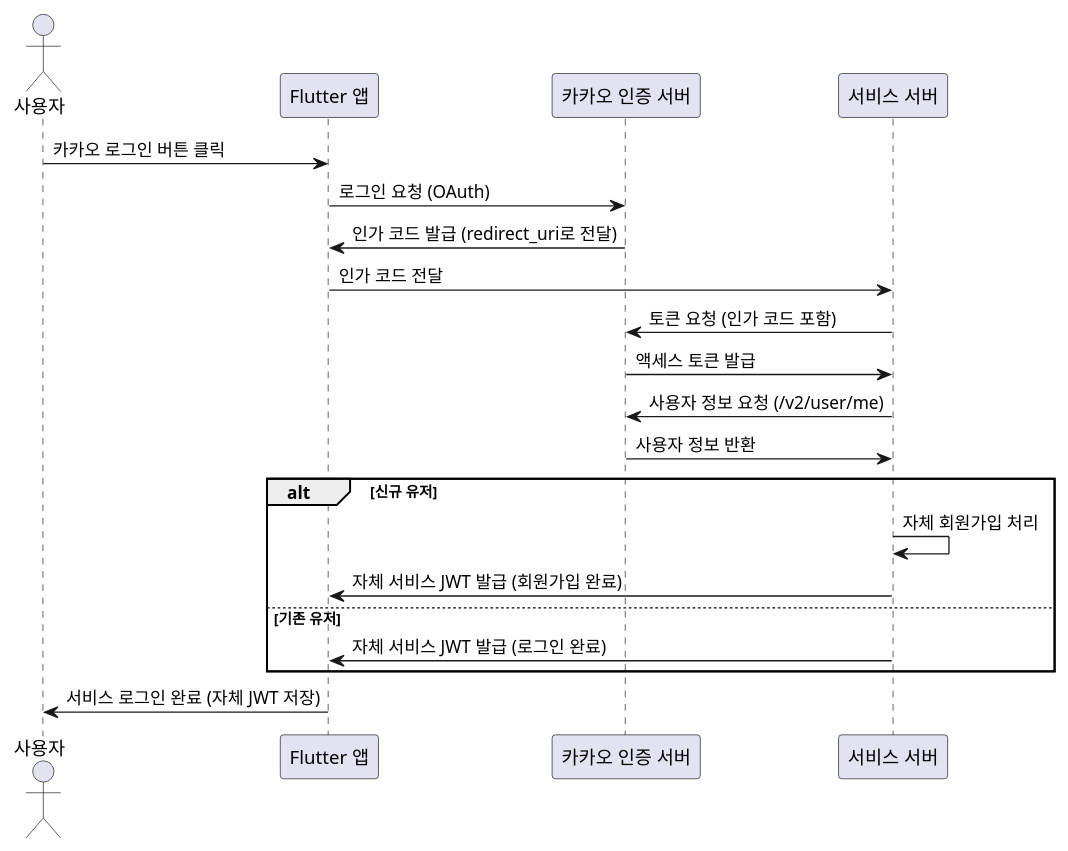
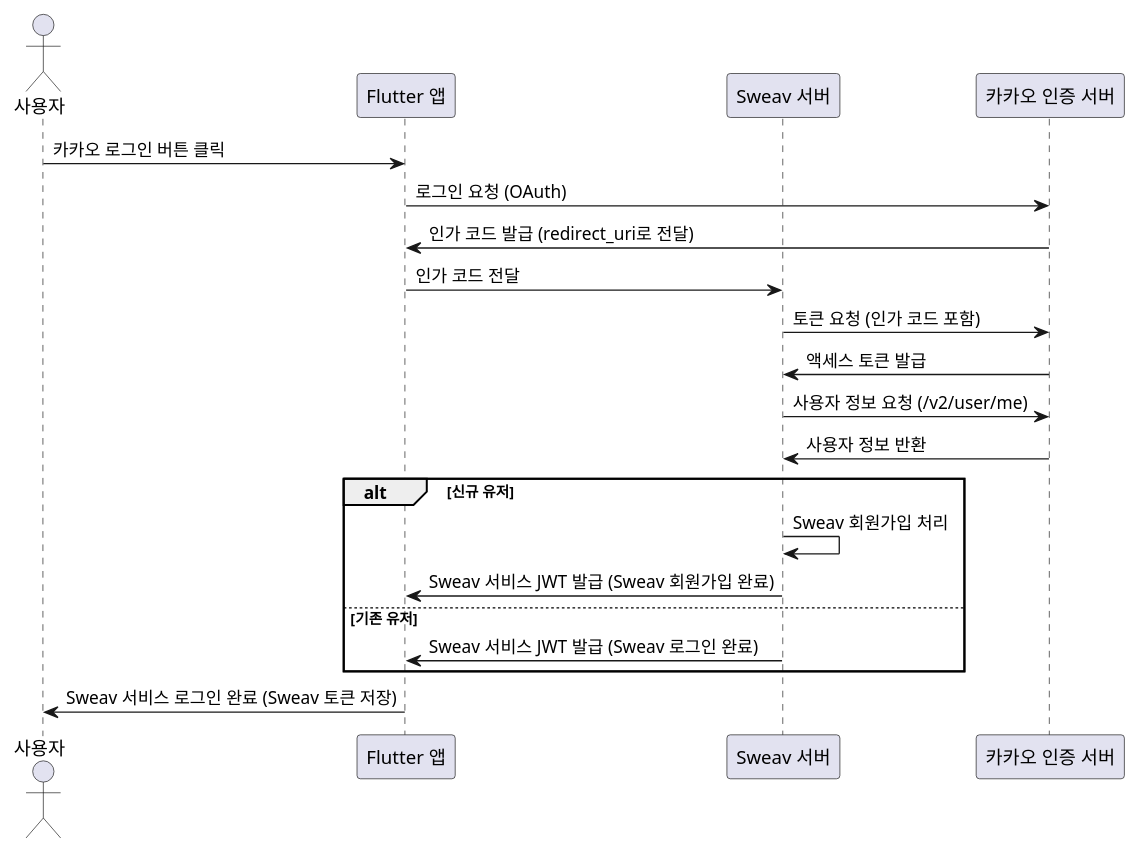
The diagram in sequence/user/login_via_kakao_web.puml (sweav-org/sweav-uml), drawn with PlantUML before and after one commit. The commit also changed 3 other files, not shown here.

Commit message:
소셜 로그인 플로우 수정

```diff
--- a/sequence/user/login_via_kakao_web.puml
+++ b/sequence/user/login_via_kakao_web.puml
@@ -1,25 +1,25 @@
 @startuml
 actor 사용자
 participant "Flutter 앱" as Client
+participant "Sweav 서버" as Server
 participant "카카오 인증 서버" as Kakao
-participant "서비스 서버" as Server
 
 사용자 -> Client : 카카오 로그인 버튼 클릭
 Client -> Kakao : 로그인 요청 (OAuth)
 Kakao -> Client : 인가 코드 발급 (redirect_uri로 전달)
 Client -> Server : 인가 코드 전달
 
 Server -> Kakao : 토큰 요청 (인가 코드 포함)
 Kakao -> Server : 액세스 토큰 발급
 Server -> Kakao : 사용자 정보 요청 (/v2/user/me)
 Kakao -> Server : 사용자 정보 반환
 
 alt 신규 유저
-    Server -> Server : 자체 회원가입 처리
-    Server -> Client : 자체 서비스 JWT 발급 (회원가입 완료)
+    Server -> Server : Sweav 회원가입 처리
+    Server -> Client : Sweav 서비스 JWT 발급 (Sweav 회원가입 완료)
 else 기존 유저
-    Server -> Client : 자체 서비스 JWT 발급 (로그인 완료)
+    Server -> Client : Sweav 서비스 JWT 발급 (Sweav 로그인 완료)
 end
 
-Client -> 사용자 : 서비스 로그인 완료 (자체 JWT 저장)
+Client -> 사용자 : Sweav 서비스 로그인 완료 (Sweav 토큰 저장)
 @enduml
```
